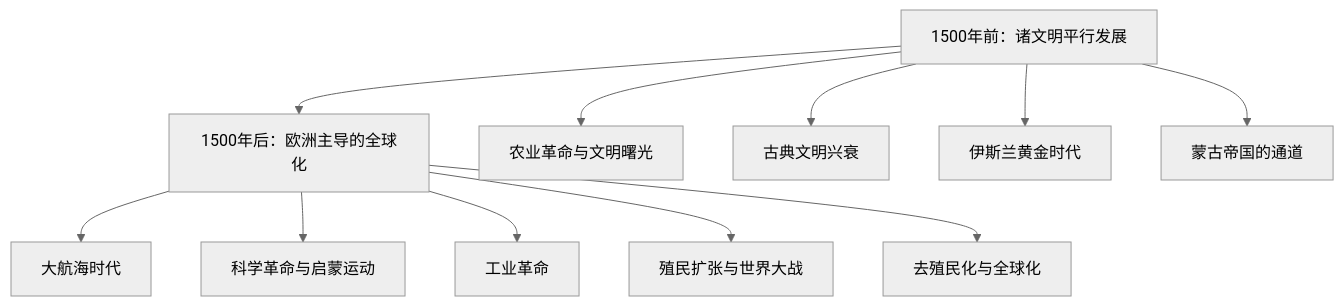
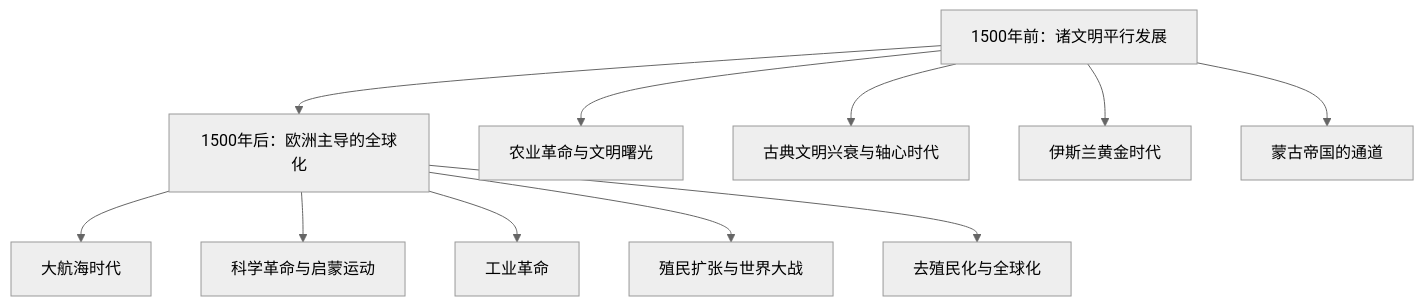
The diagram in 知识库/历史类/《全球通史》 - 斯塔夫里阿诺斯.md (xdawayer/obsidian), drawn with Mermaid (neutral theme) before and after one commit. The commit also changed other lines of this file and 5 other files, not shown here.

````diff
--- a/知识库/历史类/《全球通史》 - 斯塔夫里阿诺斯.md
+++ b/知识库/历史类/《全球通史》 - 斯塔夫里阿诺斯.md
@@ -29,13 +29,13 @@
 ```mermaid
 graph TD
     A[1500年前：诸文明平行发展] --> B[1500年后：欧洲主导的全球化]
     A --> A1[农业革命与文明曙光]
-    A --> A2[古典文明兴衰]
+    A --> A2[古典文明兴衰与轴心时代]
     A --> A3[伊斯兰黄金时代]
     A --> A4[蒙古帝国的通道]
     B --> B1[大航海时代]
     B --> B2[科学革命与启蒙运动]
     B --> B3[工业革命]
     B --> B4[殖民扩张与世界大战]
     B --> B5[去殖民化与全球化]
 ```
````
